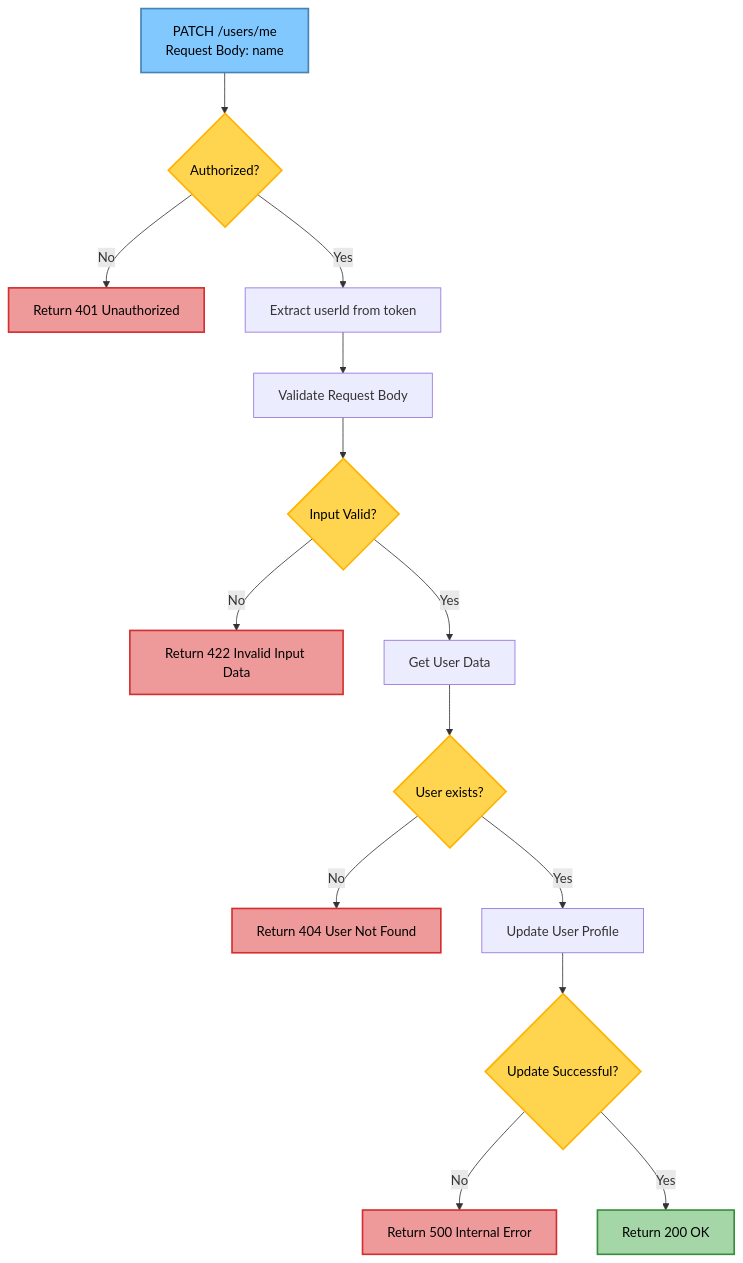
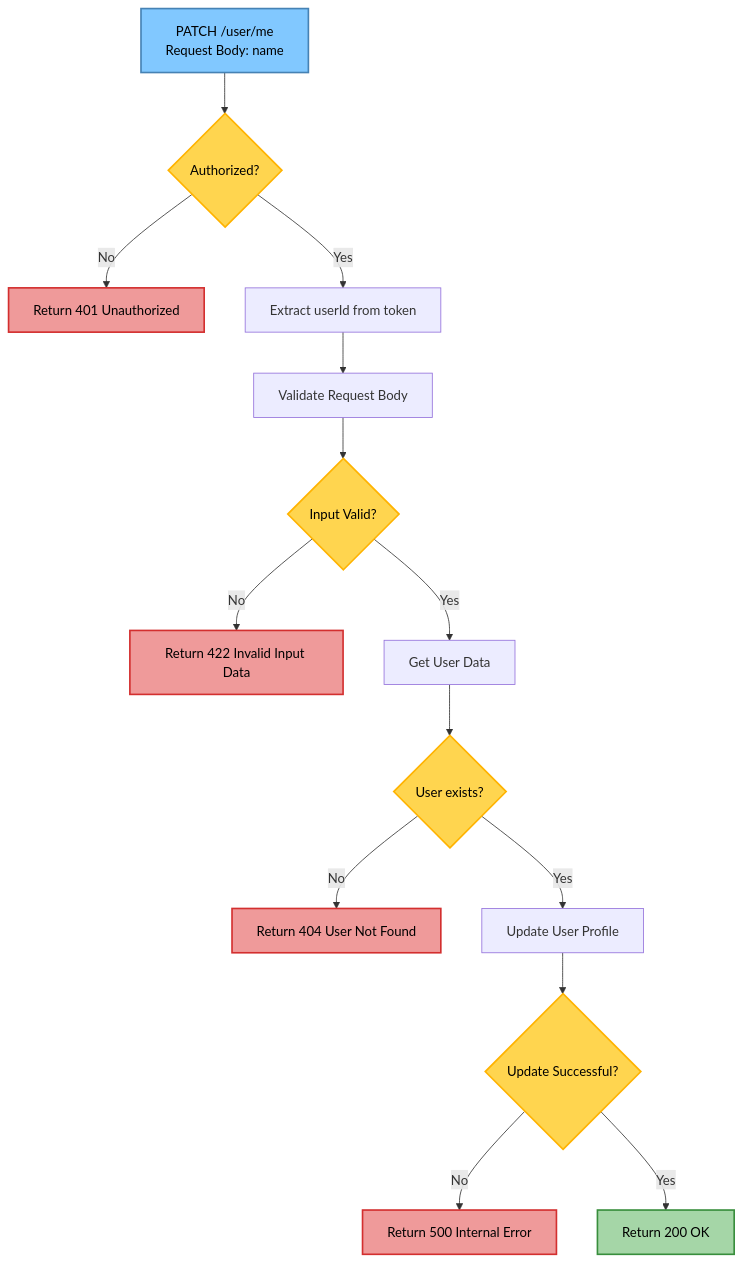
The second of 7 diagrams in temp.md (biplab-sutradhar/diagram), drawn with Mermaid before and after one commit. The commit also changed other lines of this file, not shown here.

````diff
--- a/temp.md
+++ b/temp.md
@@ -119,35 +558,35 @@
 ```mermaid
 flowchart TD
-%% API Flow: PATCH /users/me
-Start[PATCH /users/me<br/>Request Body: name] --> Auth{Authorized?}
+%% API Flow: PATCH /user/me
+Start[PATCH /user/me<br/>Request Body: name] --> Auth{Authorized?}
 
 Auth -->|No| Auth401[Return 401 Unauthorized]
 Auth -->|Yes| ExtractUserId[Extract userId from token]
 
 ExtractUserId --> ValidateInput[Validate Request Body]
 ValidateInput --> InputValid{Input Valid?}
 
 InputValid -->|No| Input422[Return 422 Invalid Input Data]
 InputValid -->|Yes| GetUser[Get User Data]
 
 GetUser --> UserExists{User exists?}
 
 UserExists -->|No| User404[Return 404 User Not Found]
 UserExists -->|Yes| UpdateUser[Update User Profile]
 
 UpdateUser --> UpdateSuccess{Update Successful?}
 UpdateSuccess -->|No| Server500[Return 500 Internal Error]
 UpdateSuccess -->|Yes| Success200[Return 200 OK]
 
 classDef startEnd fill:#81C8FF,stroke:#4682B4,stroke-width:2px,color:#000;
 classDef decision fill:#FFD54F,stroke:#FFB300,stroke-width:2px,color:#000;
 classDef success fill:#A5D6A7,stroke:#388E3C,stroke-width:2px,color:#000;
 classDef error fill:#EF9A9A,stroke:#D32F2F,stroke-width:2px,color:#000;
 classDef warning fill:#FFCC80,stroke:#F57C00,stroke-width:2px,color:#000;
 
 class Start,Success200 startEnd
 class Auth,InputValid,UserExists,UpdateSuccess decision
 class Success200 success
 class Auth401,Input422,User404,Server500 error
 
 ```
````
